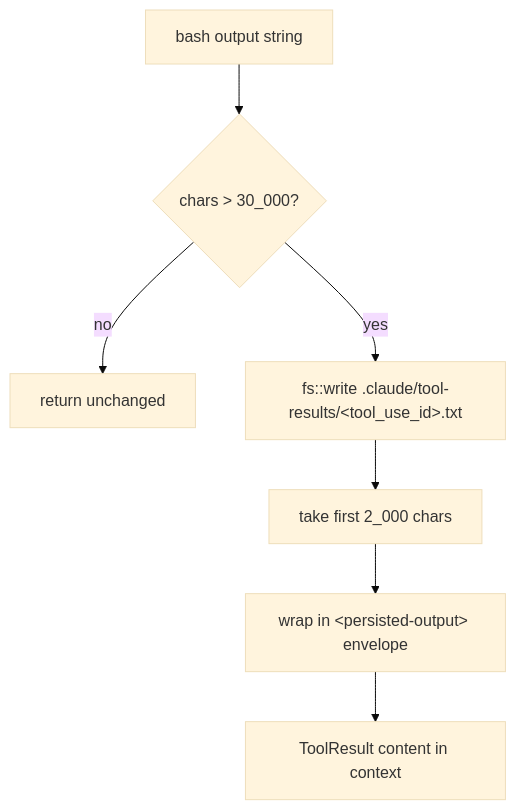
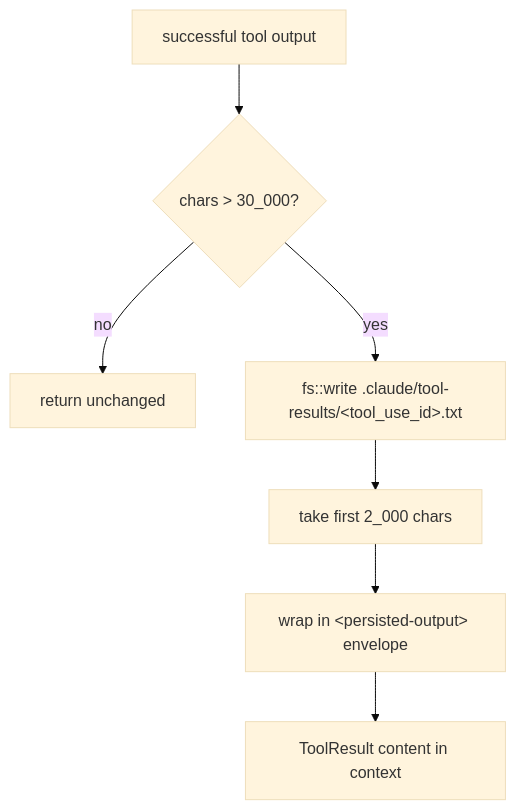
Diagram 12 of 15 in book/05_chapter_compact.md (rust-infra/tact), drawn with Mermaid (base theme) before and after one commit. The commit also changed other lines of this file and 5 other files, not shown here.

````diff
--- a/book/05_chapter_compact.md
+++ b/book/05_chapter_compact.md
@@ -480,9 +484,9 @@
 ```mermaid
 flowchart TD
-    Out[bash output string] --> Th{chars > 30_000?}
+    Out[successful tool output] --> Th{chars > 30_000?}
     Th -->|no| Full[return unchanged]
     Th -->|yes| Write["fs::write .claude/tool-results/&lt;tool_use_id&gt;.txt"]
     Write --> Prev["take first 2_000 chars"]
     Prev --> Wrap["wrap in &lt;persisted-output&gt; envelope"]
     Wrap --> TR[ToolResult content in context]
 ```
````
